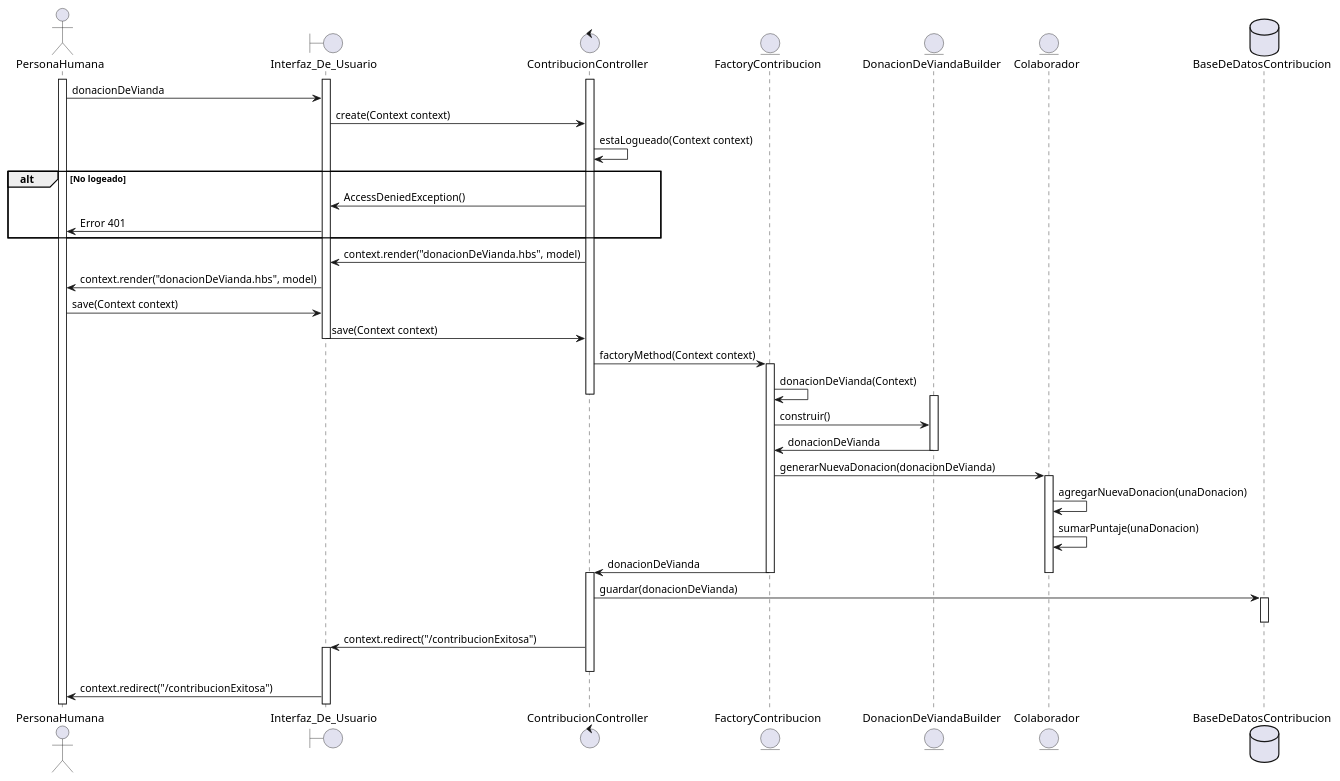
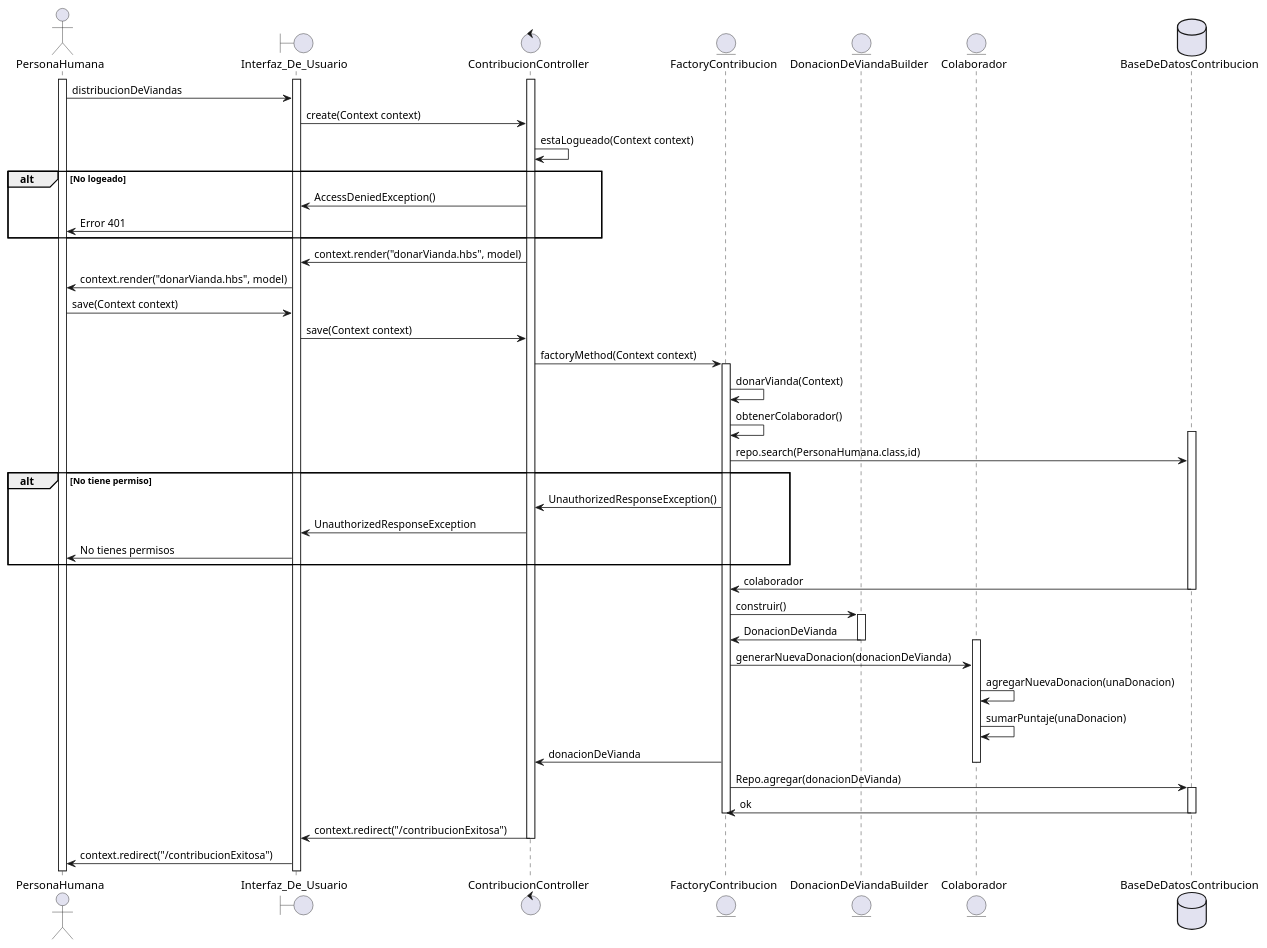
One commit to JBDelupi/TPs---DDS changed the diagram in UMLs/FormasDeContribucion/donarVianda.puml. Above: the diagram before and after it, drawn with PlantUML. The commit also changed 14 other files, not shown here.

```diff
--- a/UMLs/FormasDeContribucion/donarVianda.puml
+++ b/UMLs/FormasDeContribucion/donarVianda.puml
@@ -1,58 +1,63 @@
-@startuml GenerarDonacionDeVianda
+@startuml DonarVianda
 actor PersonaHumana
 boundary Interfaz_De_Usuario
 control ContribucionController
-
 
 entity FactoryContribucion
 entity DonacionDeViandaBuilder
 entity Colaborador
 database BaseDeDatosContribucion
 
 activate PersonaHumana
 activate Interfaz_De_Usuario
 activate ContribucionController
-PersonaHumana->Interfaz_De_Usuario: donacionDeVianda
+PersonaHumana->Interfaz_De_Usuario: distribucionDeViandas
 
 Interfaz_De_Usuario->ContribucionController: create(Context context)
 ContribucionController->ContribucionController: estaLogueado(Context context)
 
 
 alt No logeado
     ContribucionController->Interfaz_De_Usuario: AccessDeniedException()
     Interfaz_De_Usuario->PersonaHumana: Error 401
 end
 
-ContribucionController -> Interfaz_De_Usuario: context.render("donacionDeVianda.hbs", model)
-Interfaz_De_Usuario -> PersonaHumana: context.render("donacionDeVianda.hbs", model)
+ContribucionController -> Interfaz_De_Usuario: context.render("donarVianda.hbs", model)
+Interfaz_De_Usuario -> PersonaHumana: context.render("donarVianda.hbs", model)
 
 PersonaHumana -> Interfaz_De_Usuario: save(Context context)
 Interfaz_De_Usuario -> ContribucionController: save(Context context)
-deactivate Interfaz_De_Usuario
 ContribucionController -> FactoryContribucion: factoryMethod(Context context)
-
 activate FactoryContribucion
-FactoryContribucion -> FactoryContribucion: donacionDeVianda(Context)
-deactivate ContribucionController
+FactoryContribucion -> FactoryContribucion: donarVianda(Context)
+FactoryContribucion -> FactoryContribucion: obtenerColaborador()
+activate BaseDeDatosContribucion
+FactoryContribucion -> BaseDeDatosContribucion : repo.search(PersonaHumana.class,id)
+alt No tiene permiso
+    FactoryContribucion -> ContribucionController: UnauthorizedResponseException()
+    ContribucionController -> Interfaz_De_Usuario: UnauthorizedResponseException
+    Interfaz_De_Usuario -> PersonaHumana: No tienes permisos
+end
+BaseDeDatosContribucion -> FactoryContribucion : colaborador
+deactivate BaseDeDatosContribucion
+FactoryContribucion -> DonacionDeViandaBuilder: construir()
 activate DonacionDeViandaBuilder
-FactoryContribucion -> DonacionDeViandaBuilder: construir()
-DonacionDeViandaBuilder -> FactoryContribucion: donacionDeVianda
+DonacionDeViandaBuilder -> FactoryContribucion: DonacionDeVianda
 deactivate DonacionDeViandaBuilder
+activate Colaborador
 FactoryContribucion -> Colaborador: generarNuevaDonacion(donacionDeVianda)
-activate Colaborador
 Colaborador -> Colaborador: agregarNuevaDonacion(unaDonacion)
 Colaborador -> Colaborador: sumarPuntaje(unaDonacion)
 FactoryContribucion -> ContribucionController: donacionDeVianda
 deactivate Colaborador
+FactoryContribucion -> BaseDeDatosContribucion: Repo.agregar(donacionDeVianda)
+activate BaseDeDatosContribucion
+BaseDeDatosContribucion -> FactoryContribucion: ok
 deactivate FactoryContribucion
-activate ContribucionController
-ContribucionController -> BaseDeDatosContribucion: guardar(donacionDeVianda)
-activate BaseDeDatosContribucion
 deactivate BaseDeDatosContribucion
 ContribucionController -> Interfaz_De_Usuario: context.redirect("/contribucionExitosa")
-activate Interfaz_De_Usuario
 deactivate ContribucionController
 
 Interfaz_De_Usuario -> PersonaHumana: context.redirect("/contribucionExitosa")
 
 @enduml
```
